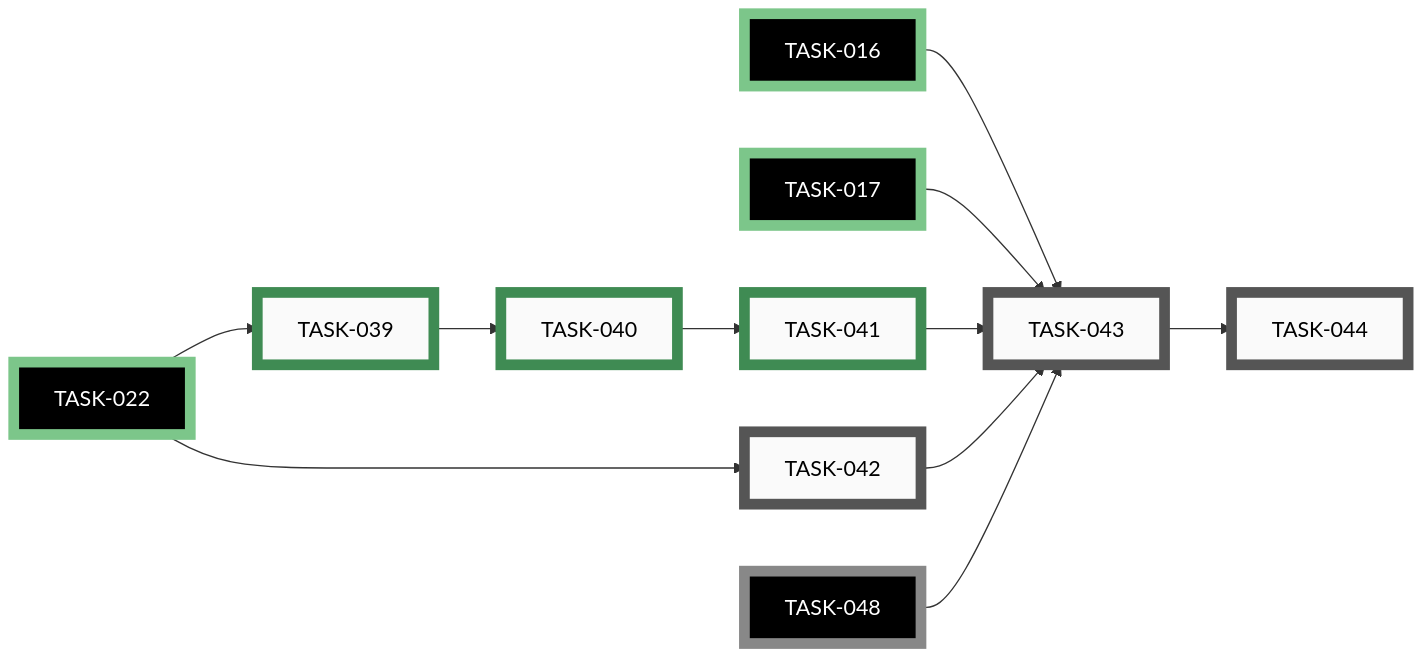
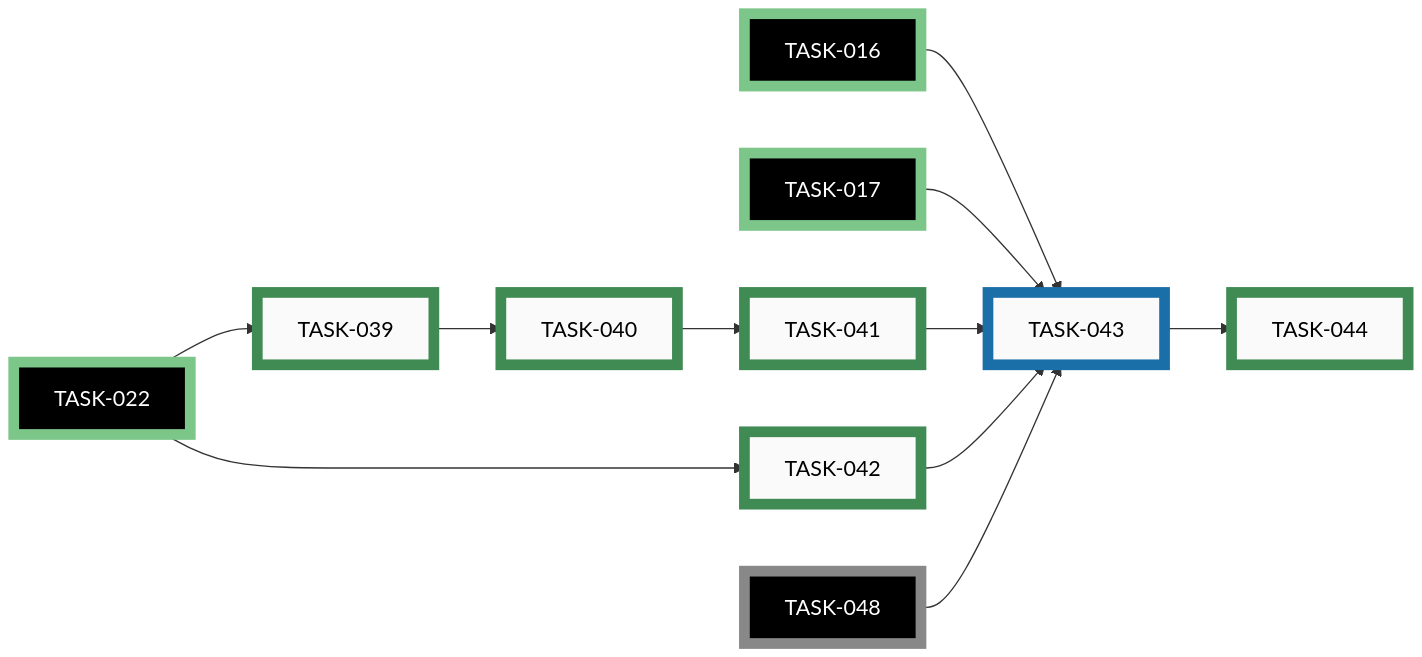
The sixth of 9 diagrams in docs/developers/tasks/EPICS.md (tgd1975/PartsLedger), drawn with Mermaid before and after one commit. The commit also changed other lines of this file and 14 other files, not shown here.

First line of the commit message:
recognition: VLM adapter, pipeline glue, undo journal (TASK-042/043/044)

````diff
--- a/docs/developers/tasks/EPICS.md
+++ b/docs/developers/tasks/EPICS.md
@@ -302,41 +302,41 @@
 ```mermaid
 graph LR
-    TASK_042["TASK-042"]:::open
-    TASK_043["TASK-043"]:::open
-    TASK_044["TASK-044"]:::open
+    TASK_043["TASK-043"]:::active
     TASK_039["TASK-039"]:::closed
     TASK_040["TASK-040"]:::closed
     TASK_041["TASK-041"]:::closed
+    TASK_042["TASK-042"]:::closed
+    TASK_044["TASK-044"]:::closed
     TASK_016["TASK-016"]:::closedExt
     TASK_017["TASK-017"]:::closedExt
     TASK_022["TASK-022"]:::closedExt
     TASK_048["TASK-048"]:::openExt
-    TASK_022 --> TASK_042
     TASK_016 --> TASK_043
     TASK_017 --> TASK_043
     TASK_041 --> TASK_043
     TASK_042 --> TASK_043
     TASK_048 --> TASK_043
-    TASK_043 --> TASK_044
     TASK_022 --> TASK_039
     TASK_039 --> TASK_040
     TASK_040 --> TASK_041
-    click TASK_042 "open/task-042-vlm-adapter.md"
-    click TASK_043 "open/task-043-recognition-pipeline-glue.md"
-    click TASK_044 "open/task-044-undo-journal.md"
+    TASK_022 --> TASK_042
+    TASK_043 --> TASK_044
+    click TASK_043 "active/task-043-recognition-pipeline-glue.md"
     click TASK_039 "closed/task-039-recognition-embed-module.md"
     click TASK_040 "closed/task-040-recognition-cache-module.md"
     click TASK_041 "closed/task-041-cache-only-banded-recognition.md"
+    click TASK_042 "closed/task-042-vlm-adapter.md"
+    click TASK_044 "closed/task-044-undo-journal.md"
     click TASK_016 "closed/task-016-inventory-writer-module.md"
     click TASK_017 "closed/task-017-inventory-lint-module.md"
     click TASK_022 "closed/task-022-adopt-src-layout.md"
     click TASK_048 "open/task-048-enrichment-orchestrator.md"
     classDef open    fill:#FAFAFA,stroke:#555,stroke-width:8px,color:#000
     classDef active  fill:#FAFAFA,stroke:#1A6FA8,stroke-width:8px,color:#000
     classDef closed  fill:#FAFAFA,stroke:#3F8B53,stroke-width:8px,color:#000
     classDef paused  fill:#FAFAFA,stroke:#B07810,stroke-width:8px,color:#000
     classDef openExt    fill:#000,stroke:#888,stroke-width:8px,color:#FFF
     classDef activeExt  fill:#000,stroke:#3FA9F5,stroke-width:8px,color:#FFF
     classDef closedExt  fill:#000,stroke:#7CC68A,stroke-width:8px,color:#FFF
     classDef pausedExt  fill:#000,stroke:#F0B030,stroke-width:8px,color:#FFF
 ```
````
